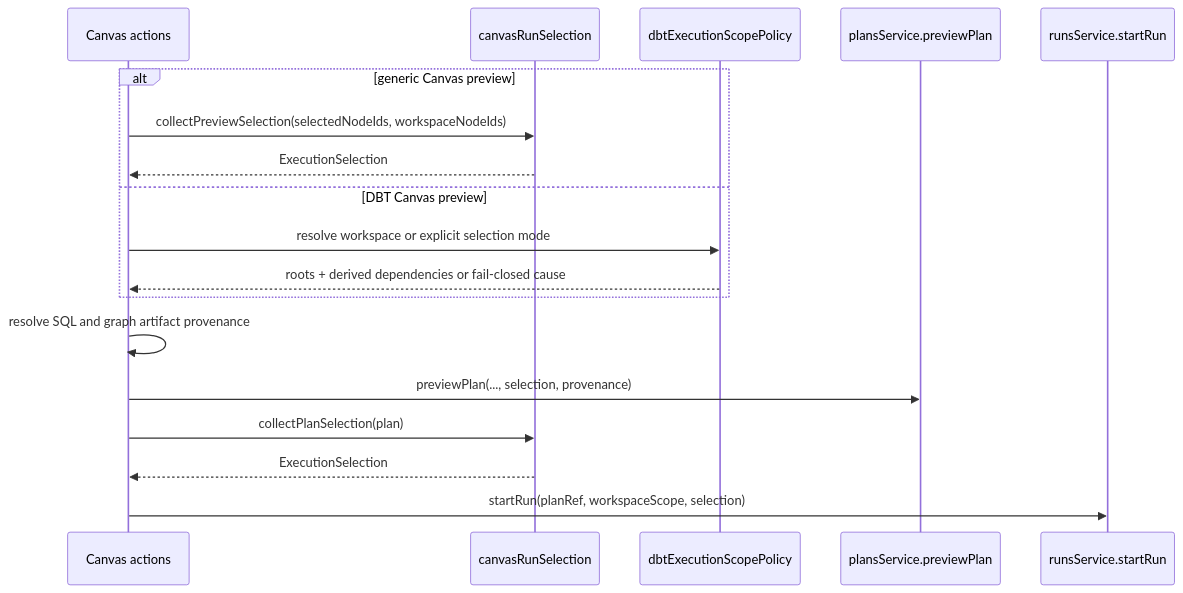
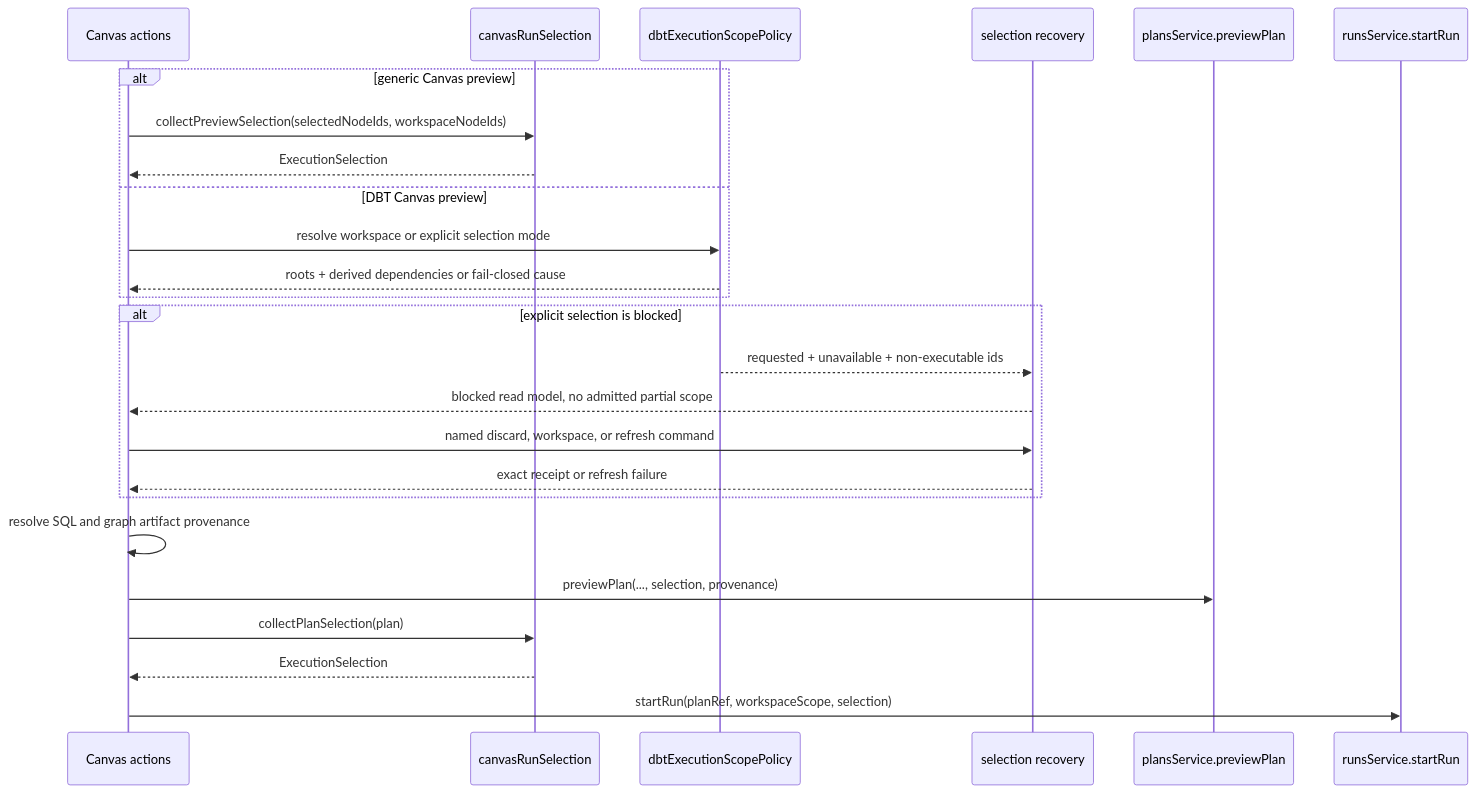
Before and after one commit to dunay2/dvt: the third of 6 diagrams in docs/architecture/components/web/graph/canvas-execution-selection-component.md, drawn with Mermaid. The commit also changed other lines of this file and 63 other files, not shown here.

Commit message:
feat(web): Add explicit DBT execution selection recovery

````diff
--- a/docs/architecture/components/web/graph/canvas-execution-selection-component.md
+++ b/docs/architecture/components/web/graph/canvas-execution-selection-component.md
@@ -179,22 +212,29 @@
 ```mermaid
 sequenceDiagram
   participant Canvas as Canvas actions
   participant Selection as canvasRunSelection
   participant DbtScope as dbtExecutionScopePolicy
+  participant Recovery as selection recovery
   participant Plans as plansService.previewPlan
   participant Runs as runsService.startRun
 
   alt generic Canvas preview
     Canvas->>Selection: collectPreviewSelection(selectedNodeIds, workspaceNodeIds)
     Selection-->>Canvas: ExecutionSelection
   else DBT Canvas preview
     Canvas->>DbtScope: resolve workspace or explicit selection mode
     DbtScope-->>Canvas: roots + derived dependencies or fail-closed cause
   end
+  alt explicit selection is blocked
+    DbtScope-->>Recovery: requested + unavailable + non-executable ids
+    Recovery-->>Canvas: blocked read model, no admitted partial scope
+    Canvas->>Recovery: named discard, workspace, or refresh command
+    Recovery-->>Canvas: exact receipt or refresh failure
+  end
   Canvas->>Canvas: resolve SQL and graph artifact provenance
   Canvas->>Plans: previewPlan(..., selection, provenance)
 
   Canvas->>Selection: collectPlanSelection(plan)
   Selection-->>Canvas: ExecutionSelection
   Canvas->>Runs: startRun(planRef, workspaceScope, selection)
 ```
````
